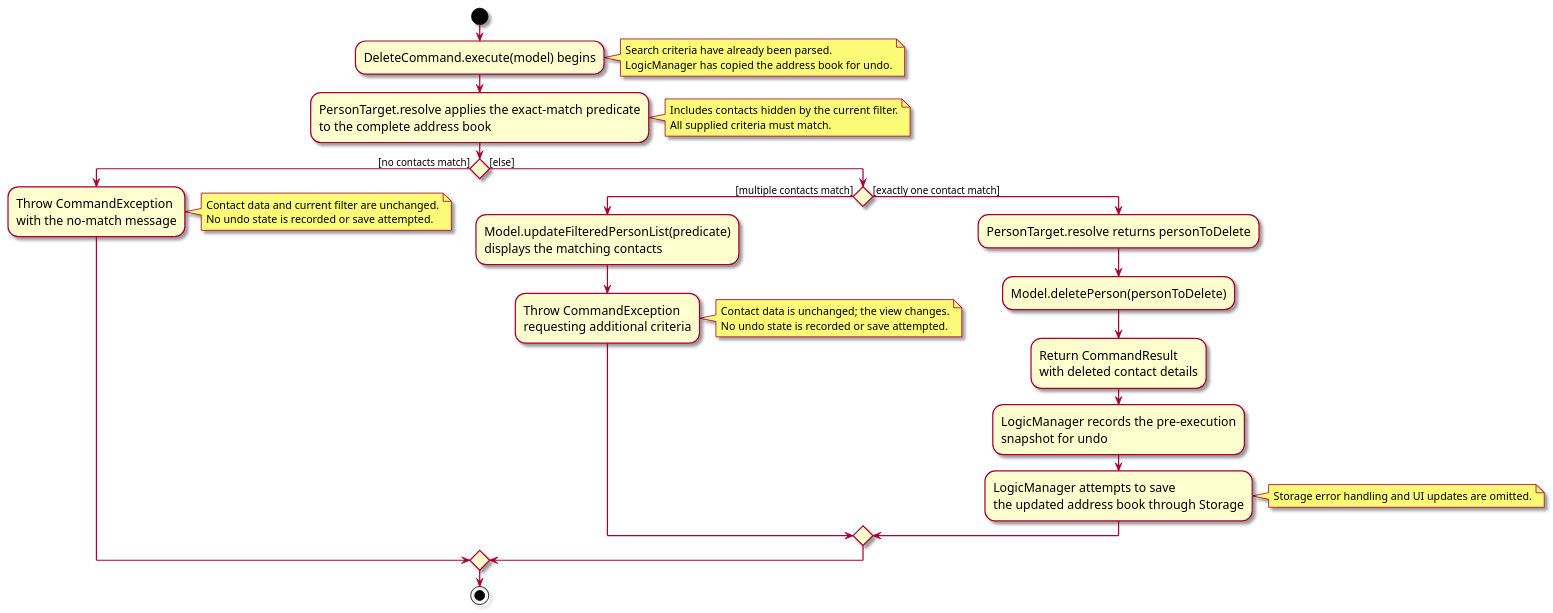
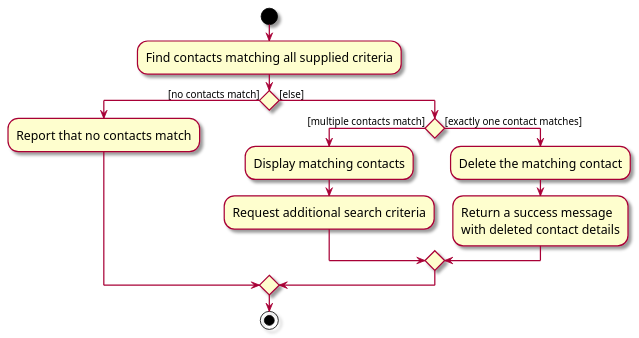
Before and after one commit to AY2627S1-CS2103T-T16-4/tp: the diagram in diagrams/DeleteTargetingActivityDiagram.puml, drawn with PlantUML. The commit also changed 25 other files, not shown here.

```diff
--- a/diagrams/DeleteTargetingActivityDiagram.puml
+++ b/diagrams/DeleteTargetingActivityDiagram.puml
@@ -1,44 +1,21 @@
 @startuml
 skin rose
 skinparam ActivityFontSize 15
 skinparam ArrowFontSize 12
 
 start
-:DeleteCommand.execute(model) begins;
-note right
-  Search criteria have already been parsed.
-  LogicManager has copied the address book for undo.
-end note
-:PersonTarget.resolve applies the exact-match predicate\nto the complete address book;
-note right
-  Includes contacts hidden by the current filter.
-  All supplied criteria must match.
-end note
+:Find contacts matching all supplied criteria;
 
 if () then ([no contacts match])
-  :Throw CommandException\nwith the no-match message;
-  note right
-    Contact data and current filter are unchanged.
-    No undo state is recorded or save attempted.
-  end note
+  :Report that no contacts match;
 else ([else])
   if () then ([multiple contacts match])
-    :Model.updateFilteredPersonList(predicate)\ndisplays the matching contacts;
-    :Throw CommandException\nrequesting additional criteria;
-    note right
-      Contact data is unchanged; the view changes.
-      No undo state is recorded or save attempted.
-    end note
-  else ([exactly one contact match])
-    :PersonTarget.resolve returns personToDelete;
-    :Model.deletePerson(personToDelete);
-    :Return CommandResult\nwith deleted contact details;
-    :LogicManager records the pre-execution\nsnapshot for undo;
-    :LogicManager attempts to save\nthe updated address book through Storage;
-    note right
-      Storage error handling and UI updates are omitted.
-    end note
+    :Display matching contacts;
+    :Request additional search criteria;
+  else ([exactly one contact matches])
+    :Delete the matching contact;
+    :Return a success message\nwith deleted contact details;
   endif
 endif
 stop
 @enduml
```
